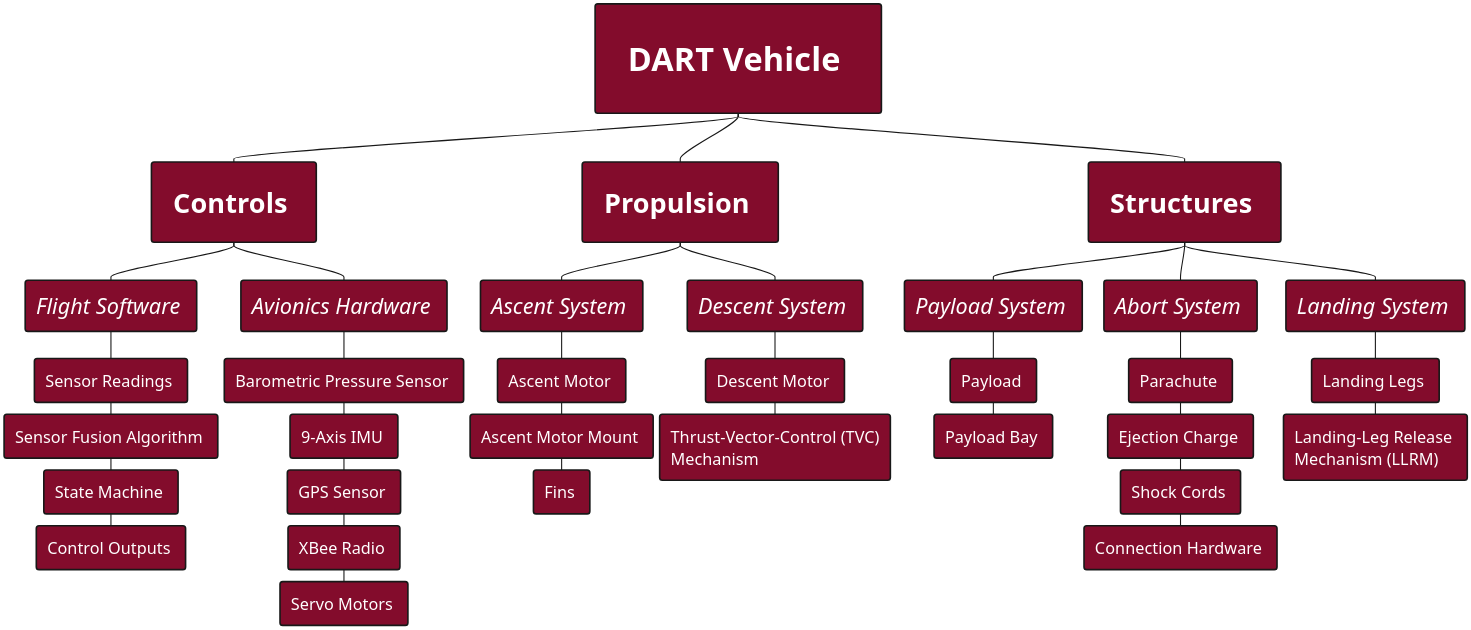
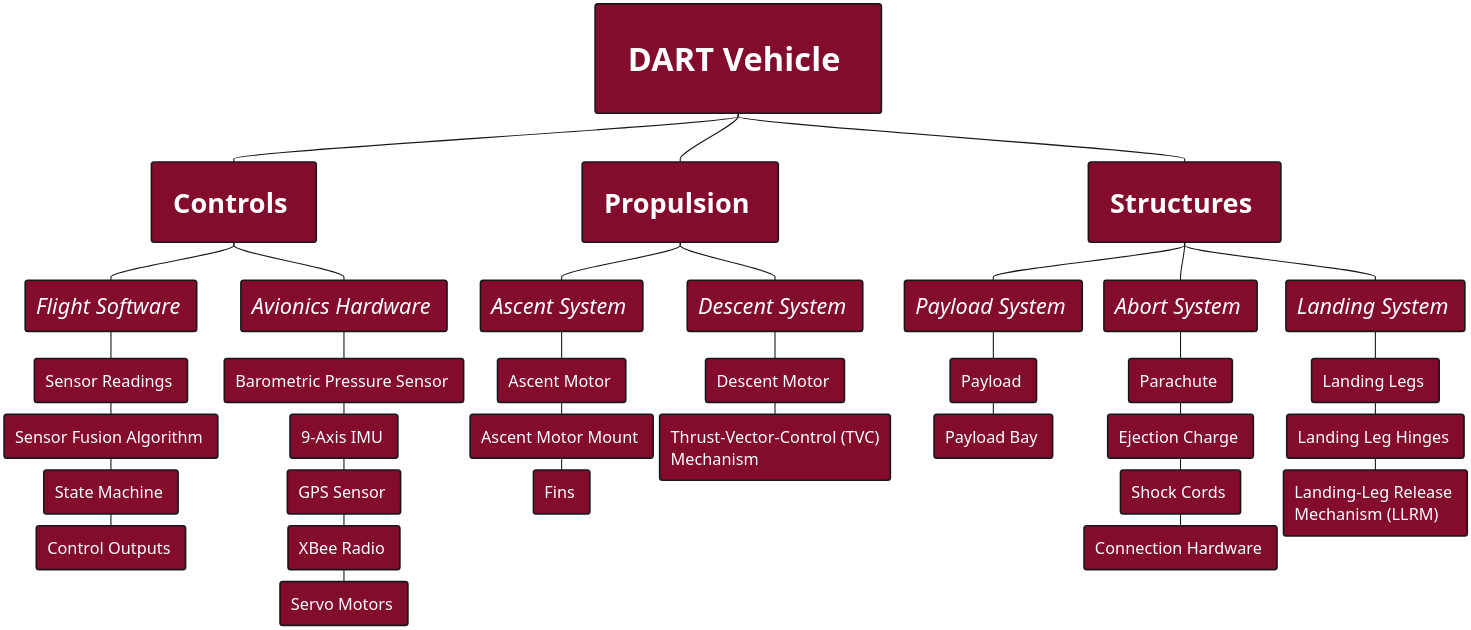
The diagram in diagrams/source/system_architecture.wsd (Laagaard/Rocket_Lander), drawn with PlantUML before and after one commit. The commit also changed 1 other file, not shown here.

Commit message:
`diagrams`: Add landing leg hinges to system architecture

```diff
--- a/diagrams/source/system_architecture.wsd
+++ b/diagrams/source/system_architecture.wsd
@@ -1,89 +1,90 @@
 @startmindmap system_architecture
 scale 3840*2160
 top to bottom direction
 skinparam backgroundColor transparent
 hide stereotype
 
 <style>
 mindmapDiagram {
     FontName Verdana
     RoundCorner 5
 
     .systemNode {
         FontSize 30
         FontColor white
         FontStyle bold
         BackgroundColor #830C2C
         Padding 30
         Margin 20
         HorizontalAlignment left
     };
 
     .subsystemNode {
         FontSize 25
         FontColor white
         FontStyle bold
         BackgroundColor #830C2C
         Padding 20
         Margin 15
     };
 
     .subsubsystemNode {
         FontSize 20
         FontColor white
         FontStyle italic
         BackgroundColor #830C2C
         Padding 10
     };
 
     .componentNode {
         FontSize 15
         FontColor white
         BackgroundColor #830C2C
         Margin 3
     };
 }
 </style>
 
 * DART Vehicle <<systemNode>>
 
 ' -------- CONTROLS --------
 ** Controls <<subsystemNode>>
 
 *** Flight Software <<subsubsystemNode>>
 **** Sensor Readings <<componentNode>>
 ***** Sensor Fusion Algorithm <<componentNode>>
 ****** State Machine <<componentNode>>
 ******* Control Outputs <<componentNode>>
 
 *** Avionics Hardware <<subsubsystemNode>>
 **** Barometric Pressure Sensor <<componentNode>>
 ***** 9-Axis IMU <<componentNode>>
 ****** GPS Sensor <<componentNode>>
 ******* XBee Radio <<componentNode>>
 ******** Servo Motors <<componentNode>>
 
 ' -------- PROPULSION --------
 ** Propulsion <<subsystemNode>>
 *** Ascent System <<subsubsystemNode>>
 **** Ascent Motor <<componentNode>>
 ***** Ascent Motor Mount <<componentNode>>
 ****** Fins <<componentNode>>
 *** Descent System <<subsubsystemNode>>
 **** Descent Motor <<componentNode>>
 ***** Thrust-Vector-Control (TVC)\nMechanism <<componentNode>>
 
 ' -------- STRUCTURES --------
 ** Structures <<subsystemNode>>
 *** Payload System <<subsubsystemNode>>
 **** Payload <<componentNode>>
 ***** Payload Bay <<componentNode>>
 *** Abort System <<subsubsystemNode>>
 **** Parachute <<componentNode>>
 ***** Ejection Charge <<componentNode>>
 ****** Shock Cords <<componentNode>>
 ******* Connection Hardware <<componentNode>>
 *** Landing System <<subsubsystemNode>>
 **** Landing Legs <<componentNode>>
-***** Landing-Leg Release \nMechanism (LLRM) <<componentNode>>
+***** Landing Leg Hinges <<componentNode>>
+****** Landing-Leg Release \nMechanism (LLRM) <<componentNode>>
 @endmindmap
```
